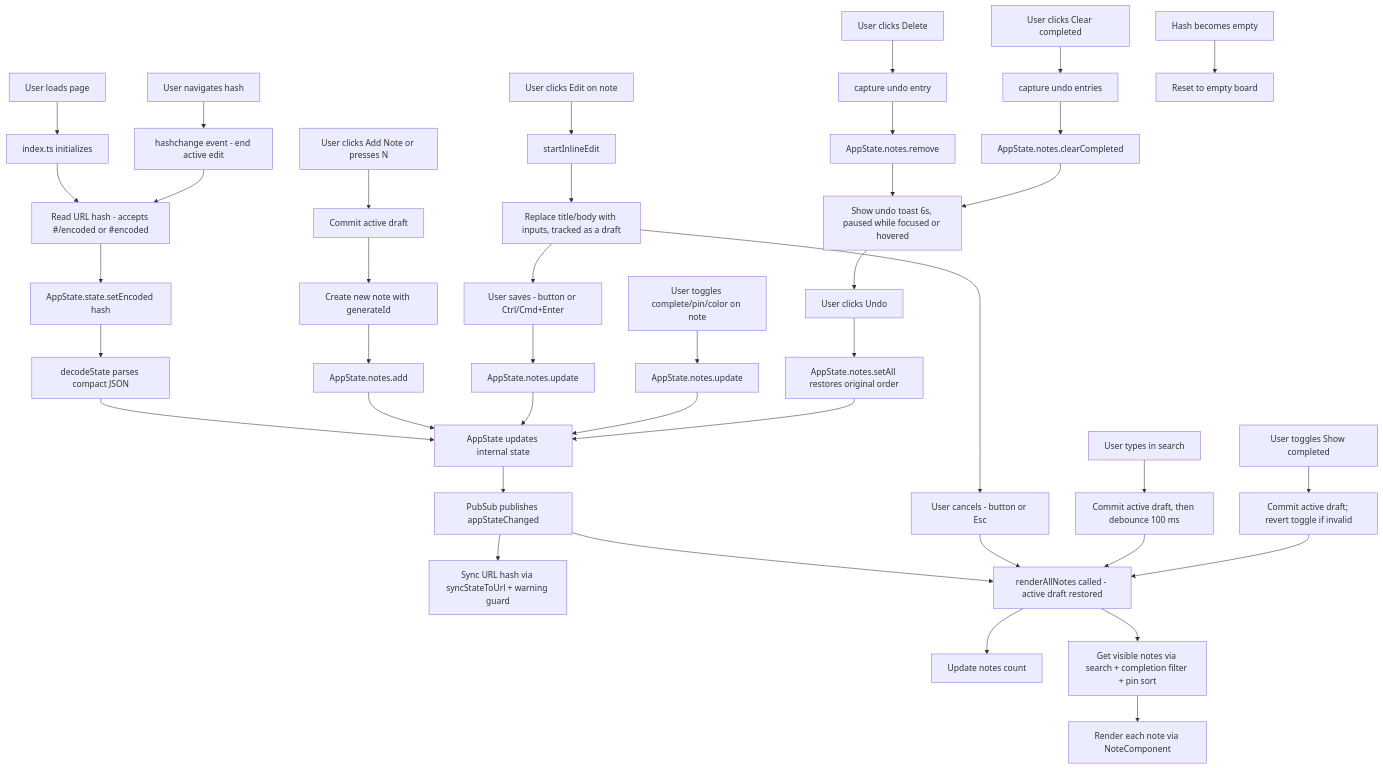
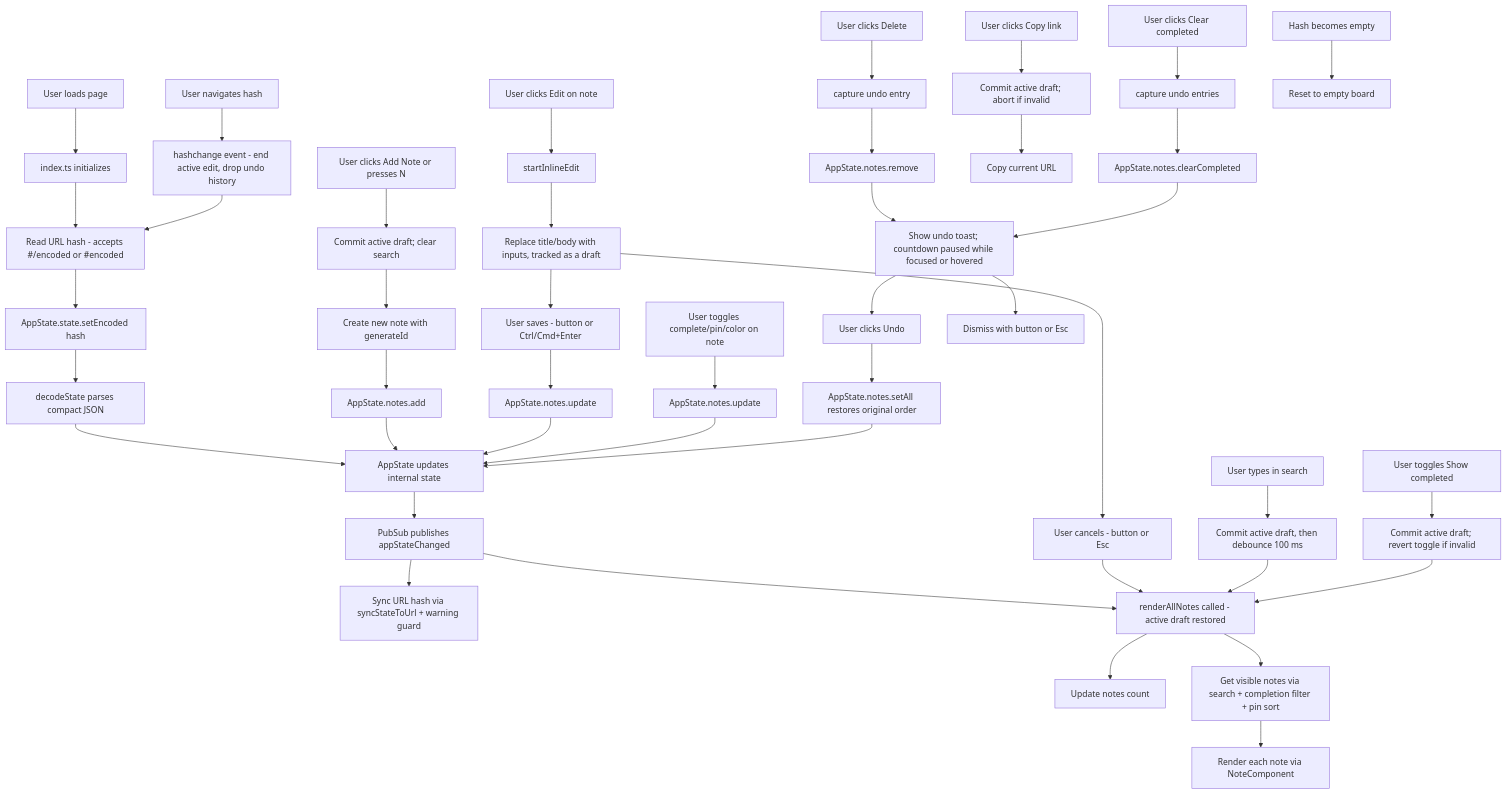
One commit to hiimalexjgarcia/base64-encoded-state-test changed the diagram in README.md. Above: the diagram before and after it, drawn with Mermaid. The commit also changed other lines of this file and 29 other files, not shown here.

````diff
--- a/README.md
+++ b/README.md
@@ -85,51 +87,55 @@
 ```mermaid
 graph TD
     A[User loads page] --> B[index.ts initializes]
     B --> C[Read URL hash - accepts #/encoded or #encoded]
     C --> D[AppState.state.setEncoded hash]
     D --> E[decodeState parses compact JSON]
     E --> F[AppState updates internal state]
     F --> G[PubSub publishes appStateChanged]
     G --> H[Sync URL hash via syncStateToUrl + warning guard]
     G --> I[renderAllNotes called - active draft restored]
     I --> M[Update notes count]
     I --> J[Get visible notes via search + completion filter + pin sort]
     J --> L[Render each note via NoteComponent]
 
-    N[User clicks Add Note or presses N] --> N1[Commit active draft]
+    N[User clicks Add Note or presses N] --> N1[Commit active draft; clear search]
     N1 --> O[Create new note with generateId]
     O --> P[AppState.notes.add]
     P --> F
 
     Q[User clicks Edit on note] --> R[startInlineEdit]
     R --> S[Replace title/body with inputs, tracked as a draft]
     S --> T[User saves - button or Ctrl/Cmd+Enter]
     T --> U[AppState.notes.update]
     U --> F
     S --> V[User cancels - button or Esc]
     V --> I
 
     W[User toggles complete/pin/color on note] --> X[AppState.notes.update]
     X --> F
 
     Y[User clicks Delete] --> Z[capture undo entry]
     Z --> AA[AppState.notes.remove]
-    AA --> AB[Show undo toast 6s, paused while focused or hovered]
+    AA --> AB[Show undo toast; countdown paused while focused or hovered]
     AB --> AC[User clicks Undo]
     AC --> AD[AppState.notes.setAll restores original order]
     AD --> F
+    AB --> AB1[Dismiss with button or Esc]
 
     AE[User clicks Clear completed] --> AF[capture undo entries]
     AF --> AG[AppState.notes.clearCompleted]
     AG --> AB
 
     AH[User types in search] --> AH1[Commit active draft, then debounce 100 ms]
     AH1 --> I
 
     AI[User toggles Show completed] --> AI1[Commit active draft; revert toggle if invalid]
     AI1 --> I
 
-    AJ[User navigates hash] --> AK[hashchange event - end active edit]
-    AK --> C
-    AL[Hash becomes empty] --> AM[Reset to empty board]
+    AJ[User clicks Copy link] --> AJ1[Commit active draft; abort if invalid]
+    AJ1 --> AJ2[Copy current URL]
+
+    AK[User navigates hash] --> AL[hashchange event - end active edit, drop undo history]
+    AL --> C
+    AM[Hash becomes empty] --> AN[Reset to empty board]
 ```
````
